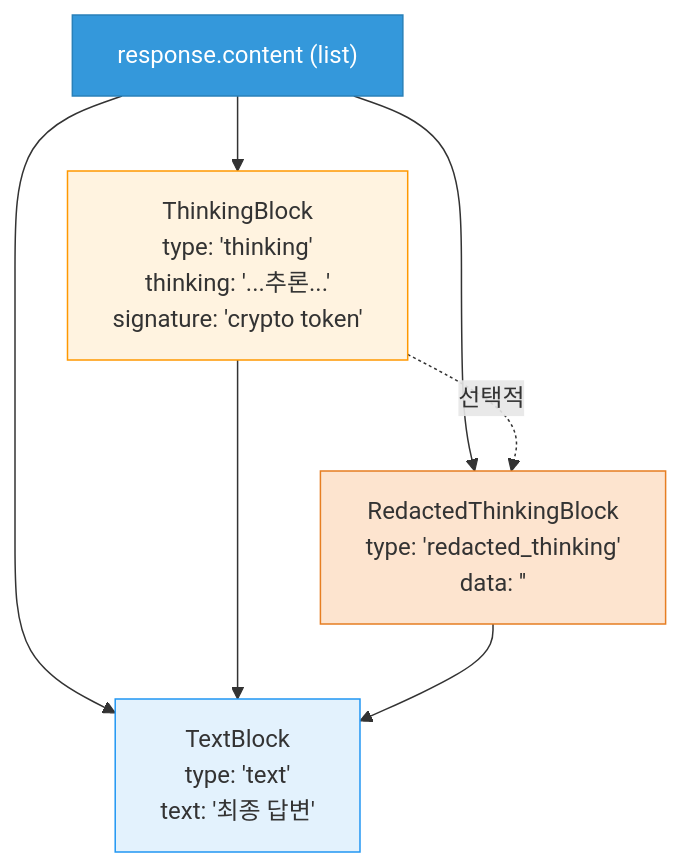
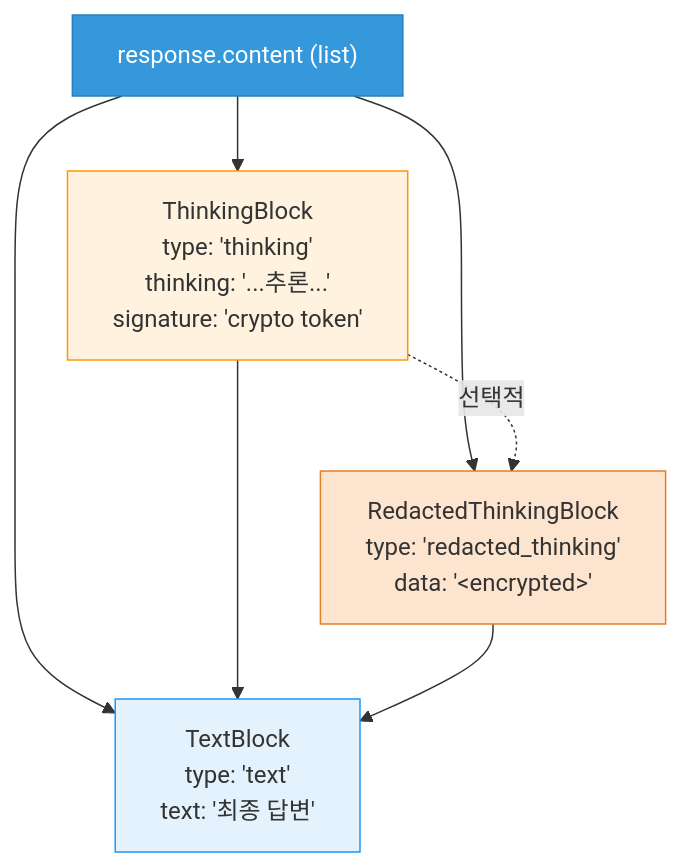
Before and after one commit to baekja/Lecture_LLM-AE-AI: the fourth of 22 diagrams in content/01-Notes/Week_06.md, drawn with Mermaid. The commit also changed 1 other file, not shown here.

Commit message:
Fix mermaid syntax error in Week_06 Extended Thinking diagram
Escape `<encrypted>` to `&lt;encrypted&gt;` inside the RedactedThinkingBlock
label so mermaid does not parse it as an HTML tag (mermaid 11.4.0 raised
"Syntax error in text"). Applied to both KR and EN.

````diff
--- a/content/01-Notes/Week_06.md
+++ b/content/01-Notes/Week_06.md
@@ -298,15 +298,15 @@
 ```mermaid
 graph TD
     R["response.content (list)"] --> TB["ThinkingBlock<br/>type: 'thinking'<br/>thinking: '...추론...'<br/>signature: 'crypto token'"]
-    R --> RTB["RedactedThinkingBlock<br/>type: 'redacted_thinking'<br/>data: '<encrypted>'"]
+    R --> RTB["RedactedThinkingBlock<br/>type: 'redacted_thinking'<br/>data: '&lt;encrypted&gt;'"]
     R --> TXT["TextBlock<br/>type: 'text'<br/>text: '최종 답변'"]
 
     TB -. "선택적" .-> RTB
     TB --> TXT
     RTB --> TXT
 
     style R fill:#3498db,stroke:#2980b9,color:#fff
     style TB fill:#fff3e0,stroke:#ff9800
     style RTB fill:#fde4cf,stroke:#e67e22
     style TXT fill:#e3f2fd,stroke:#2196f3
 ```
````
